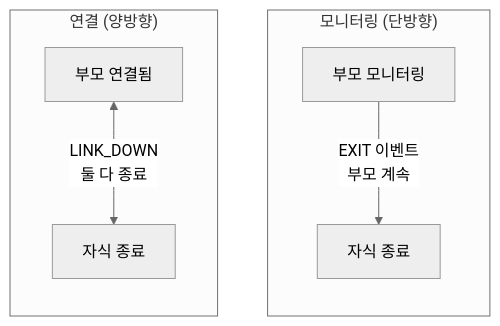
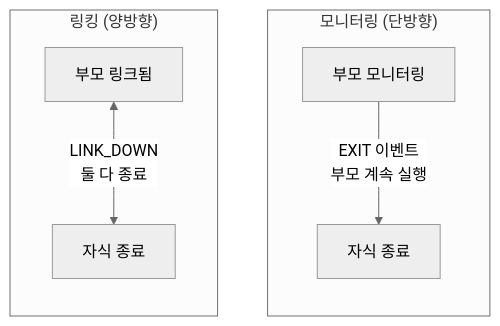
The diagram in ko/tutorials/supervision.md (wippyai/docs), drawn with Mermaid (neutral theme) before and after one commit. The commit also changed other lines of this file and 79 other files, not shown here.

````diff
--- a/ko/tutorials/supervision.md
+++ b/ko/tutorials/supervision.md
@@ -17,12 +17,12 @@
 ```mermaid
 flowchart TB
     subgraph Monitoring["모니터링 (단방향)"]
         direction TB
-        P1[부모 모니터링] -->|EXIT 이벤트<br/>부모 계속| C1[자식 종료]
+        P1[부모 모니터링] -->|EXIT 이벤트<br/>부모 계속 실행| C1[자식 종료]
     end
 
-    subgraph Linking["연결 (양방향)"]
+    subgraph Linking["링킹 (양방향)"]
         direction TB
-        P2[부모 연결됨] <-->|LINK_DOWN<br/>둘 다 종료| C2[자식 종료]
+        P2[부모 링크됨] <-->|LINK_DOWN<br/>둘 다 종료| C2[자식 종료]
     end
 ```
````
